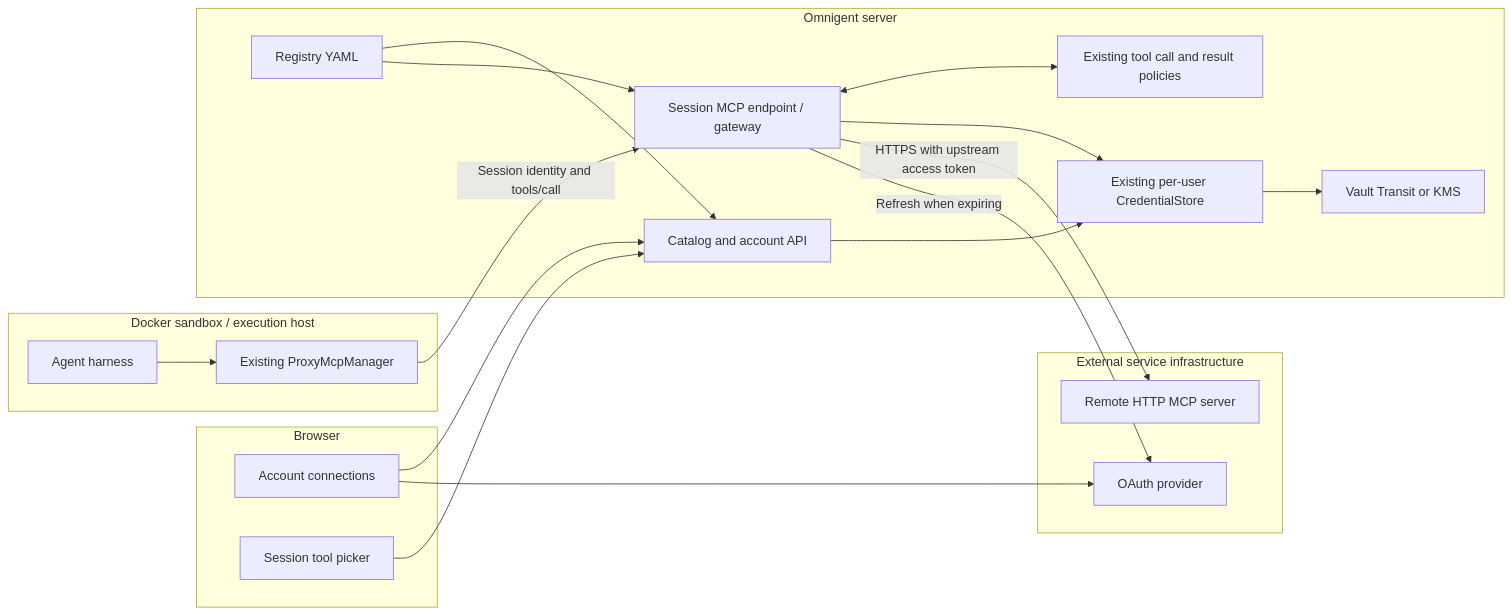
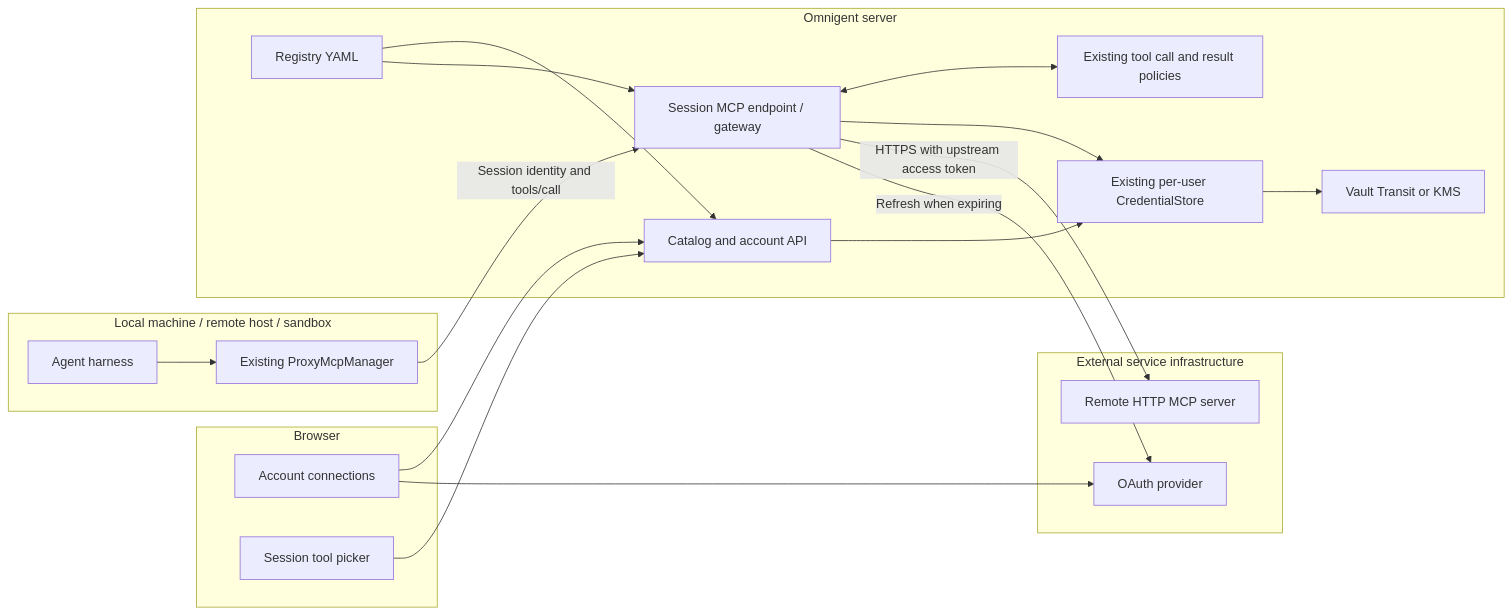
The first of 3 diagrams in examples/mcp-registry/README.md (omnigent-ai/omnigent), drawn with Mermaid before and after one commit. The commit also changed other lines of this file and 14 other files, not shown here.

````diff
--- a/examples/mcp-registry/README.md
+++ b/examples/mcp-registry/README.md
@@ -14,36 +16,36 @@
 ```mermaid
 flowchart LR
   subgraph browser[Browser]
     settings[Account connections]
     picker[Session tool picker]
   end
-  subgraph sandbox[Docker sandbox / execution host]
+  subgraph runner[Local machine / remote host / sandbox]
     harness[Agent harness]
     proxy[Existing ProxyMcpManager]
     harness --> proxy
   end
   subgraph server[Omnigent server]
     catalog[Registry YAML]
     api[Catalog and account API]
     gateway[Session MCP endpoint / gateway]
     policies[Existing tool call and result policies]
     store[Existing per-user CredentialStore]
     cipher[Vault Transit or KMS]
     catalog --> api
     catalog --> gateway
     gateway <--> policies
     gateway --> store
     api --> store
     store --> cipher
   end
   subgraph upstream[External service infrastructure]
     oauth[OAuth provider]
     mcp[Remote HTTP MCP server]
   end
   settings --> api
   settings --> oauth
   picker --> api
   proxy -->|Session identity and tools/call| gateway
   gateway -->|HTTPS with upstream access token| mcp
   gateway -->|Refresh when expiring| oauth
 ```
````
